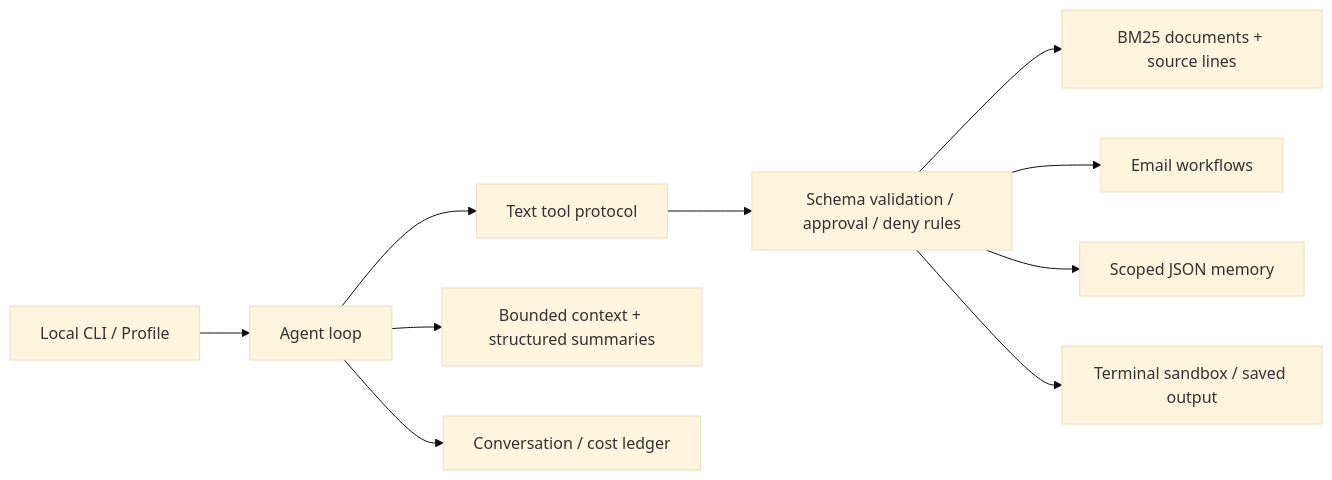
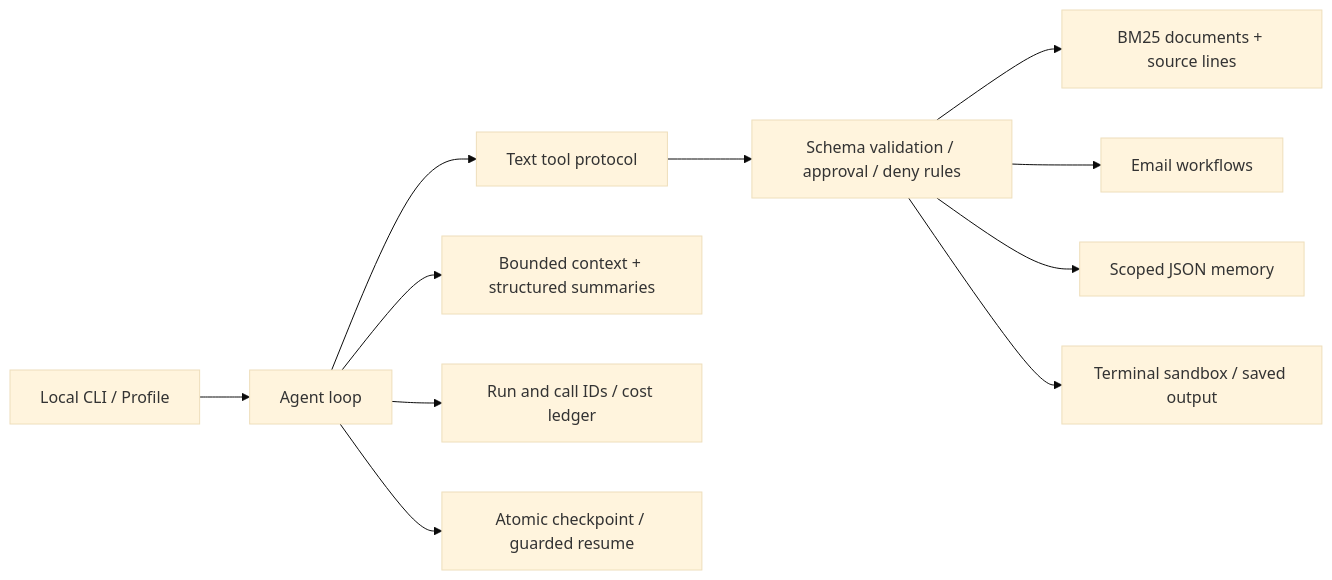
The diagram in README.md (willamsc/agent-harness-from-scratch), drawn with Mermaid (base theme) before and after one commit. The commit also changed other lines of this file and 16 other files, not shown here.

````diff
--- a/README.md
+++ b/README.md
@@ -95,12 +130,13 @@
 ```mermaid
 flowchart LR
     CLI[Local CLI / Profile] --> Loop[Agent loop]
     Loop --> Protocol[Text tool protocol]
     Protocol --> Registry[Schema validation / approval / deny rules]
     Registry --> Docs[BM25 documents + source lines]
     Registry --> Email[Email workflows]
     Registry --> Memory[Scoped JSON memory]
     Registry --> Terminal[Terminal sandbox / saved output]
     Loop --> Context[Bounded context + structured summaries]
-    Loop --> Trace[Conversation / cost ledger]
+    Loop --> Trace[Run and call IDs / cost ledger]
+    Loop --> Checkpoint[Atomic checkpoint / guarded resume]
 ```
````
